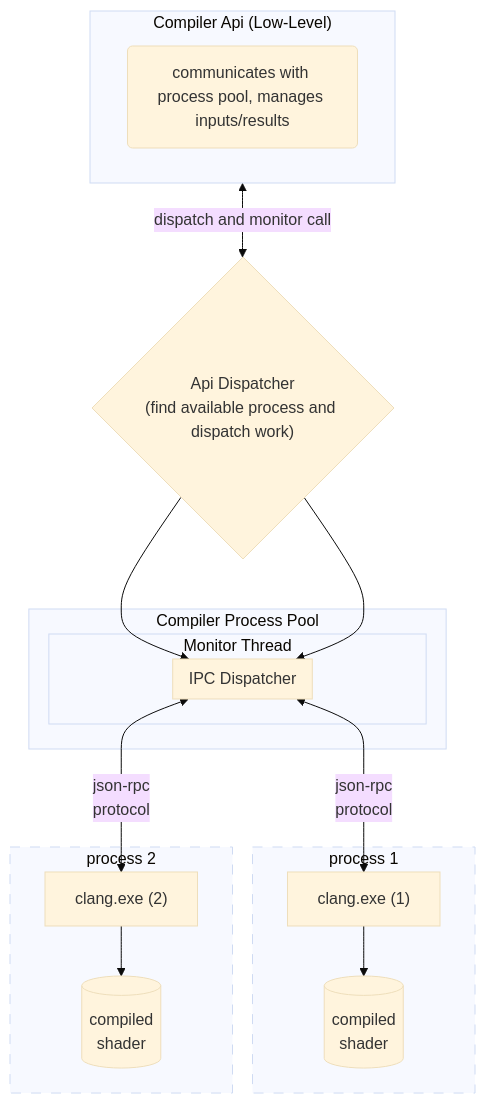
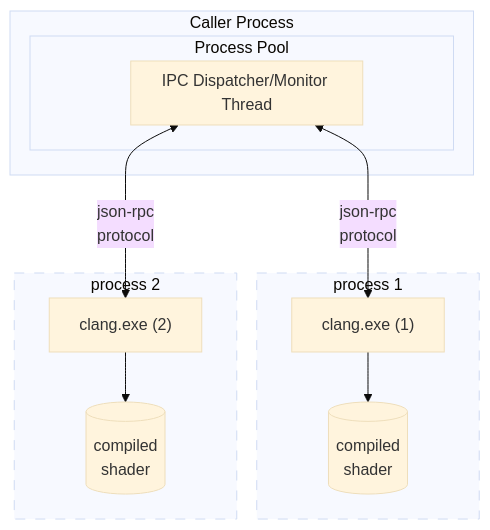
One commit to llvm/wg-hlsl changed the second of 2 diagrams in proposals/NNNN-outofproc-compiler-api-architecture.md. Above: the diagram before and after it, drawn with Mermaid (base theme). The commit also changed other lines of this file, not shown here.

Commit message:
Pushing a new iteration (work in progress)

````diff
--- a/proposals/NNNN-outofproc-compiler-api-architecture.md
+++ b/proposals/NNNN-outofproc-compiler-api-architecture.md
@@ -368,34 +100,26 @@
 ```mermaid
 flowchart TD
-    subgraph CompilerProcessPool["Compiler Process Pool"]
-      subgraph MonitorThread1["Monitor Thread"]
-        subgraph JsonRPC ["IPC Dispatcher"]
+    subgraph CompilerProcessPool["Caller Process"]
+      subgraph ProcessPool["Process Pool"]
+        subgraph JsonRPC ["IPC Dispatcher/Monitor Thread"]
         end
       end
     end
 
     subgraph Process1["process 1"]
         ClangProcess1["clang.exe (1)"]
         db[("compiled<br/>shader")]
     end
 
     subgraph Process2["process 2"]
         ClangProcess2["clang.exe (2)"]
         db2[("compiled<br/>shader")]
     end
 
-    subgraph LowLevelCApi["Compiler Api (Low-Level)"]
-        LowLevelApi("communicates with process pool, manages inputs/results")
-    end
-
     style Process1 stroke-dasharray:10,10
     style Process2 stroke-dasharray:10,10
   
-    ApiCallDispatcher{"Api Dispatcher<br/>(find available process and dispatch work)"}
+    JsonRPC<--> | json-rpc<br/>protocol | ClangProcess1 --> db
 
-    LowLevelCApi <--> |"dispatch and monitor call"| ApiCallDispatcher
-
-    ApiCallDispatcher -->JsonRPC<--> | json-rpc<br/>protocol | ClangProcess1 --> db
-
-    ApiCallDispatcher --> JsonRPC<-->| json-rpc<br/>protocol | ClangProcess2 --> db2
+    JsonRPC<-->| json-rpc<br/>protocol | ClangProcess2 --> db2
 ```
````
